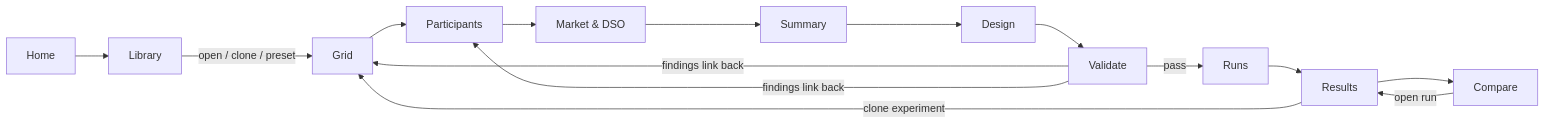
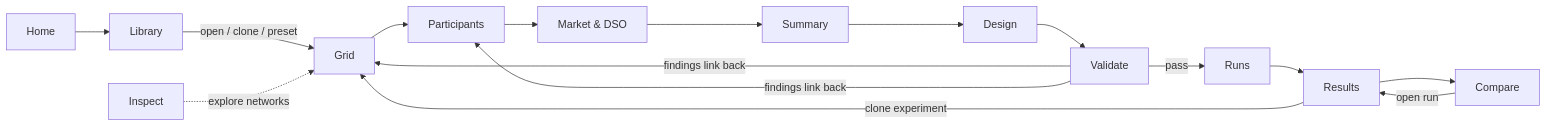
Before and after one commit to KevinRapo/P2P-thesis: the first of 3 diagrams in docs_thesis/thesis/architecture/05-presentation.md, drawn with Mermaid. The commit also changed other lines of this file and 6 other files, not shown here.

First line of the commit message:
feat(studio): Inspect page for exploring and comparing networks

````diff
--- a/docs_thesis/thesis/architecture/05-presentation.md
+++ b/docs_thesis/thesis/architecture/05-presentation.md
@@ -27,14 +27,15 @@
 ```mermaid
 flowchart LR
   Home --> Library
   Library -->|open / clone / preset| Grid
+  Inspect -.->|explore networks| Grid
   Grid --> Participants --> Market[Market & DSO] --> Summary
   Summary --> Design --> Validate
   Validate -->|pass| Runs
   Validate -->|findings link back| Grid
   Validate -->|findings link back| Participants
   Runs --> Results
   Results --> Compare
   Results -->|clone experiment| Grid
   Compare -->|open run| Results
 ```
````
